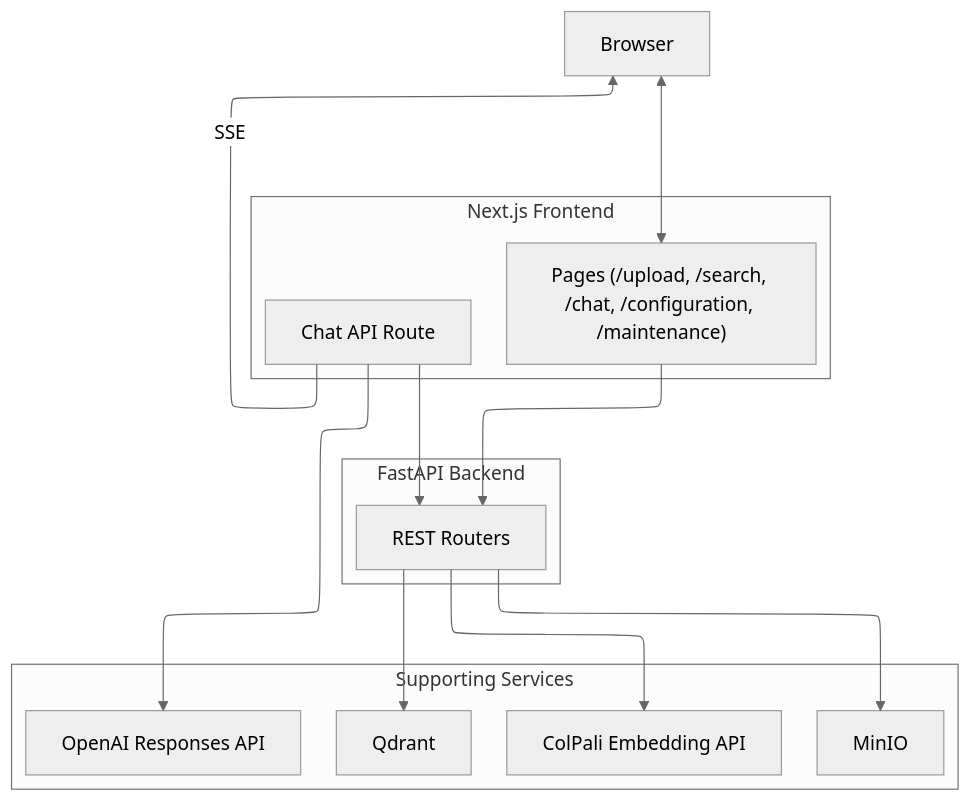
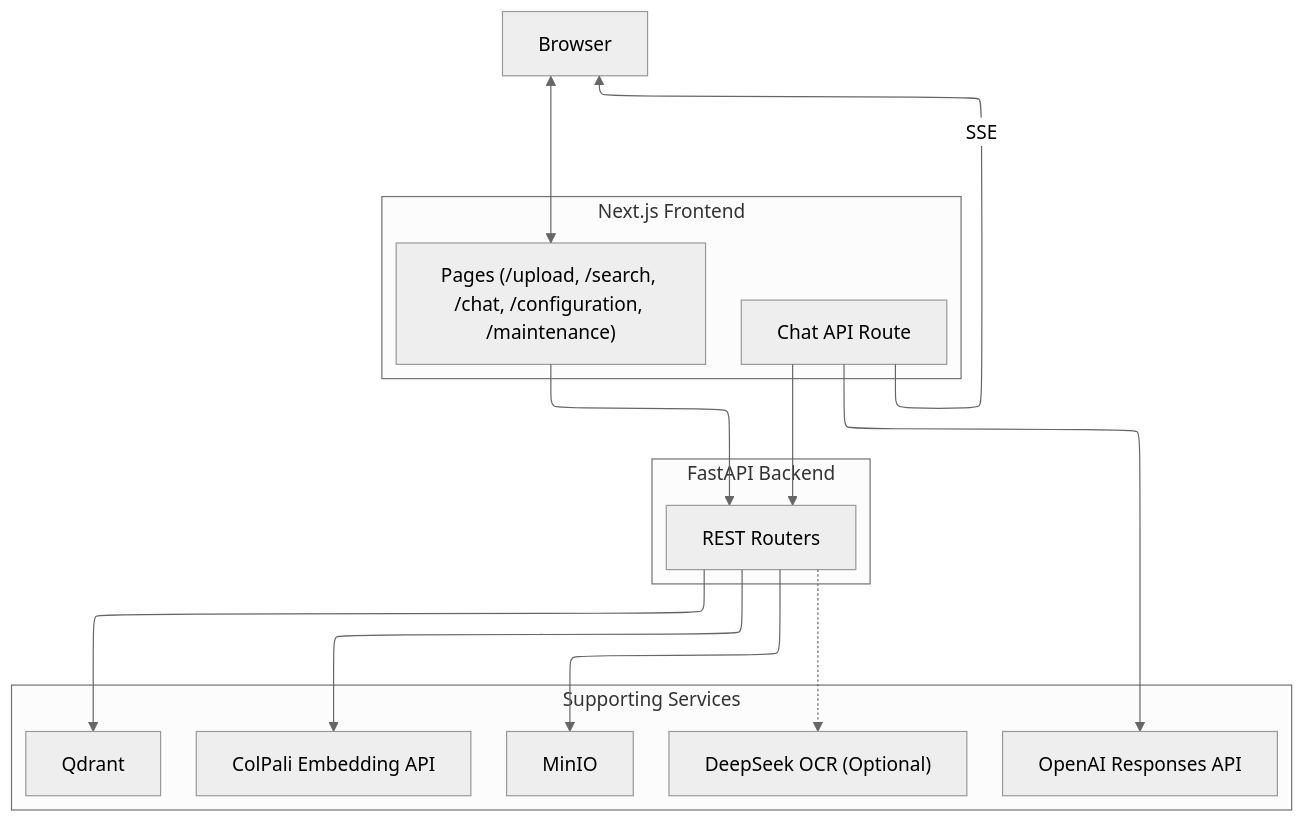
Before and after one commit to athrael-soju/Snappy: the diagram in README.md, drawn with Mermaid. The commit also changed other lines of this file and 3 other files, not shown here.

Commit message:
feat: add optional DeepSeek OCR integration with configuration settings and UI adjustments

````diff
--- a/README.md
+++ b/README.md
@@ -67,32 +67,34 @@
 ```mermaid
 ---
 config:
   theme: neutral
   layout: elk
 ---
 flowchart TB
   subgraph Frontend["Next.js Frontend"]
     UI["Pages (/upload, /search, /chat, /configuration, /maintenance)"]
     CHAT["Chat API Route"]
   end
 
   subgraph Backend["FastAPI Backend"]
     API["REST Routers"]
   end
 
   subgraph Services["Supporting Services"]
     QDRANT["Qdrant"]
     MINIO["MinIO"]
     COLPALI["ColPali Embedding API"]
+    DEEPSEEK["DeepSeek OCR (Optional)"]
     OPENAI["OpenAI Responses API"]
   end
 
   USER["Browser"] <--> UI
   UI --> API
   API --> QDRANT
   API --> MINIO
   API --> COLPALI
+  API -.-> DEEPSEEK
   CHAT --> API
   CHAT --> OPENAI
   CHAT -- SSE --> USER
 ```
````
